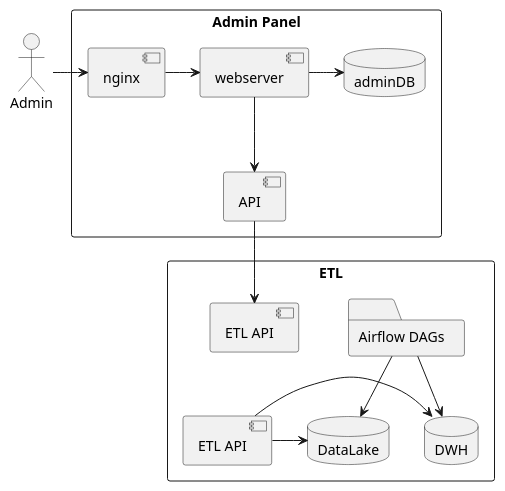
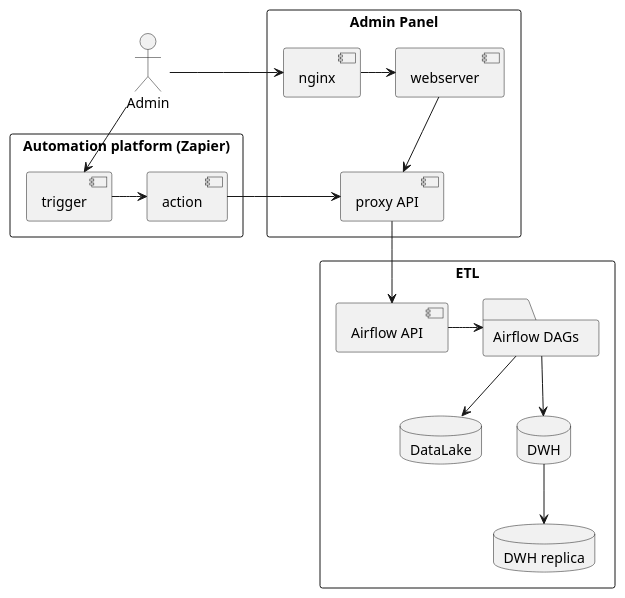
The diagram in diagrams/architecture.puml (etlteam/docs), drawn with PlantUML before and after one commit.

```diff
--- a/diagrams/architecture.puml
+++ b/diagrams/architecture.puml
@@ -1,29 +1,39 @@
 @startuml
 actor Admin
 rectangle "Admin Panel" as AP {
 	[nginx]
 	[webserver]
-	[API]
-	database adminDB
+	[proxy API] as API
 
 	Admin -> nginx
 	nginx -> webserver
-	webserver -> adminDB
 	webserver --> API
 }
+
+rectangle "Automation platform (Zapier)" {
+	[trigger]
+	[action]
+	trigger -> action
+}
+
+Admin -> trigger
+
+action -> API
+
 rectangle ETL {
 	folder "Airflow DAGs" as dag
-	[ETL API] as airflow
-	API --> [ETL API]
+	[Airflow API] as airflow
+	API --> airflow
 
 
 	database DataLake
 	database DWH
+	database "DWH replica" as replica
 
-	airflow -> DWH
-	airflow -> DataLake
+	airflow -> dag
 
 	dag --> DataLake
 	dag --> DWH
+	DWH --> replica
 }
 @enduml
```
